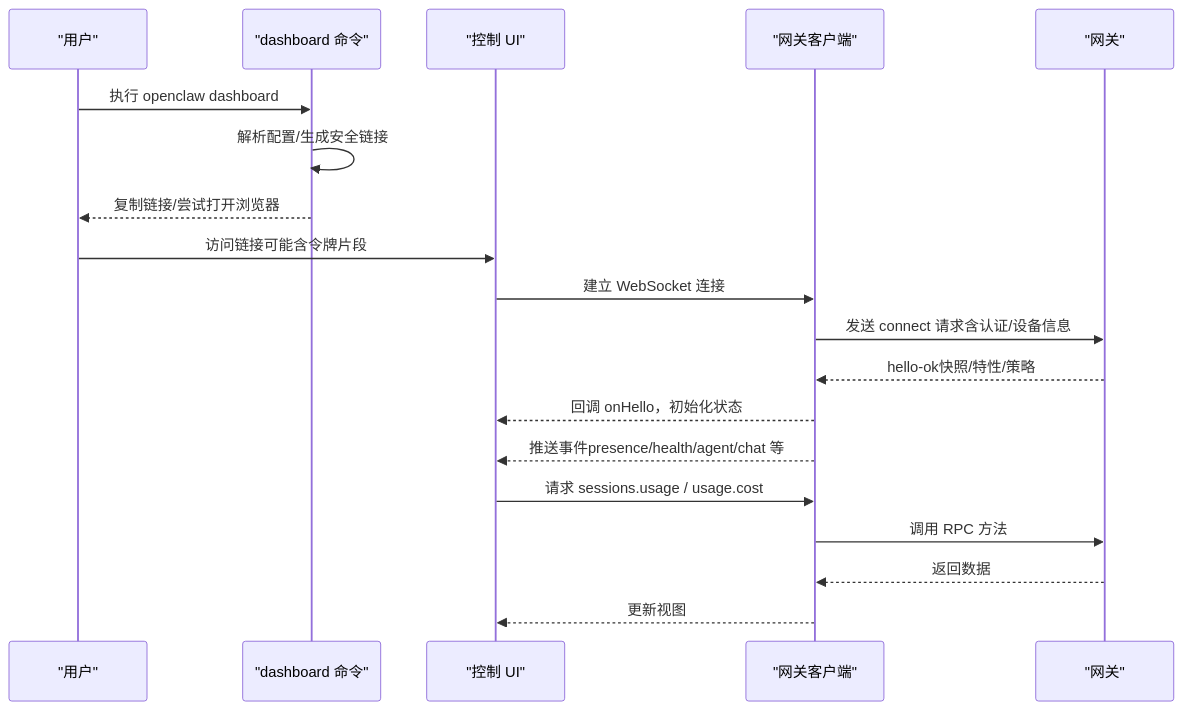
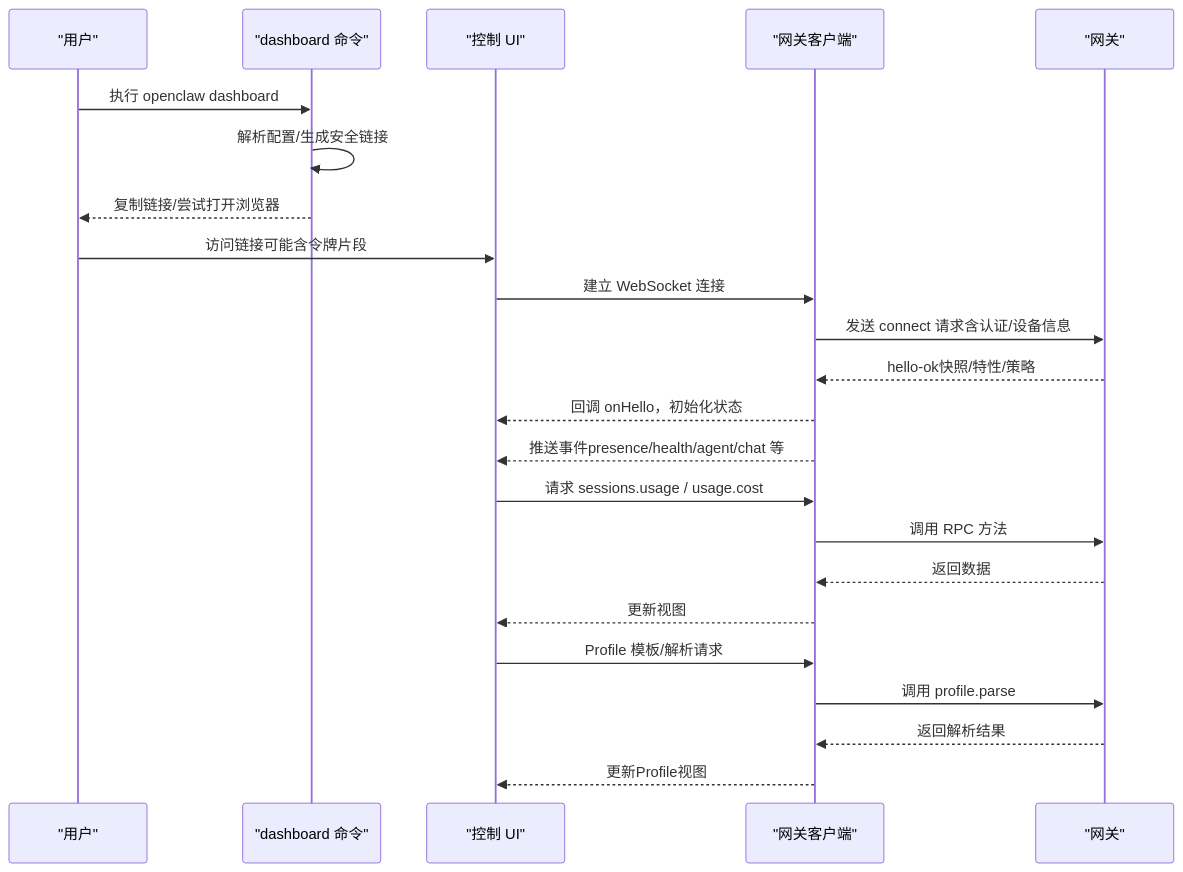
Before and after one commit to verse-ai-org/openclaw: the second of 7 diagrams in .qoder/repowiki/zh/content/Web界面/仪表板.md, drawn with Mermaid. The commit also changed other lines of this file and 27 other files, not shown here.

````diff
--- a/.qoder/repowiki/zh/content/Web界面/仪表板.md
+++ b/.qoder/repowiki/zh/content/Web界面/仪表板.md
@@ -90,21 +108,25 @@
 ```mermaid
 sequenceDiagram
 participant User as "用户"
 participant CLI as "dashboard 命令"
 participant UI as "控制 UI"
 participant WS as "网关客户端"
 participant GW as "网关"
 User->>CLI : 执行 openclaw dashboard
 CLI->>CLI : 解析配置/生成安全链接
 CLI-->>User : 复制链接/尝试打开浏览器
 User->>UI : 访问链接可能含令牌片段
 UI->>WS : 建立 WebSocket 连接
 WS->>GW : 发送 connect 请求含认证/设备信息
 GW-->>WS : hello-ok快照/特性/策略
 WS-->>UI : 回调 onHello，初始化状态
 WS-->>UI : 推送事件presence/health/agent/chat 等
 UI->>WS : 请求 sessions.usage / usage.cost
 WS->>GW : 调用 RPC 方法
 GW-->>WS : 返回数据
 WS-->>UI : 更新视图
+UI->>WS : Profile 模板/解析请求
+WS->>GW : 调用 profile.parse
+GW-->>WS : 返回解析结果
+WS-->>UI : 更新Profile视图
 ```
````
